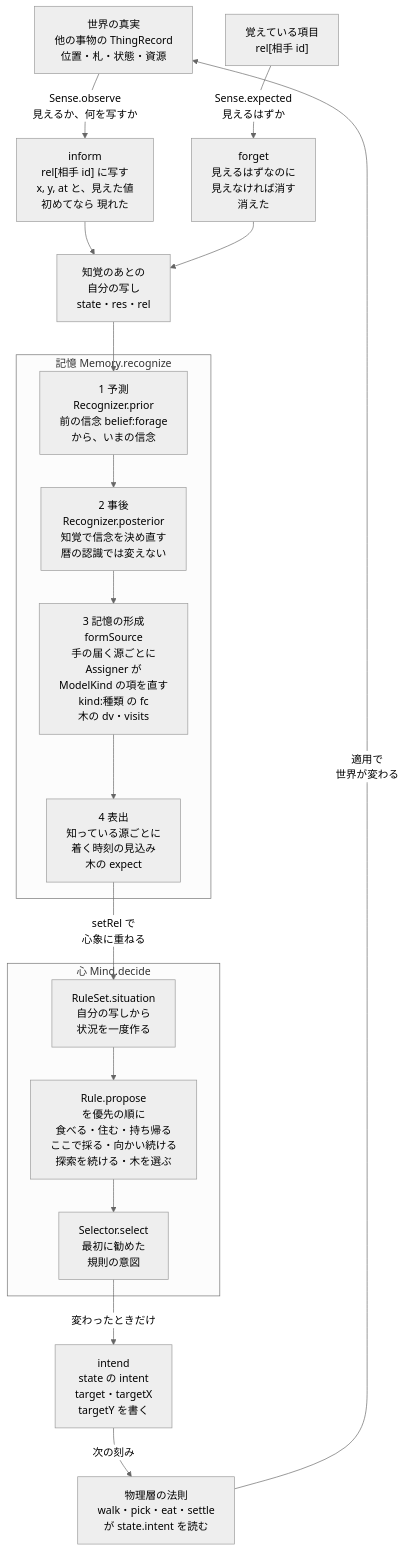
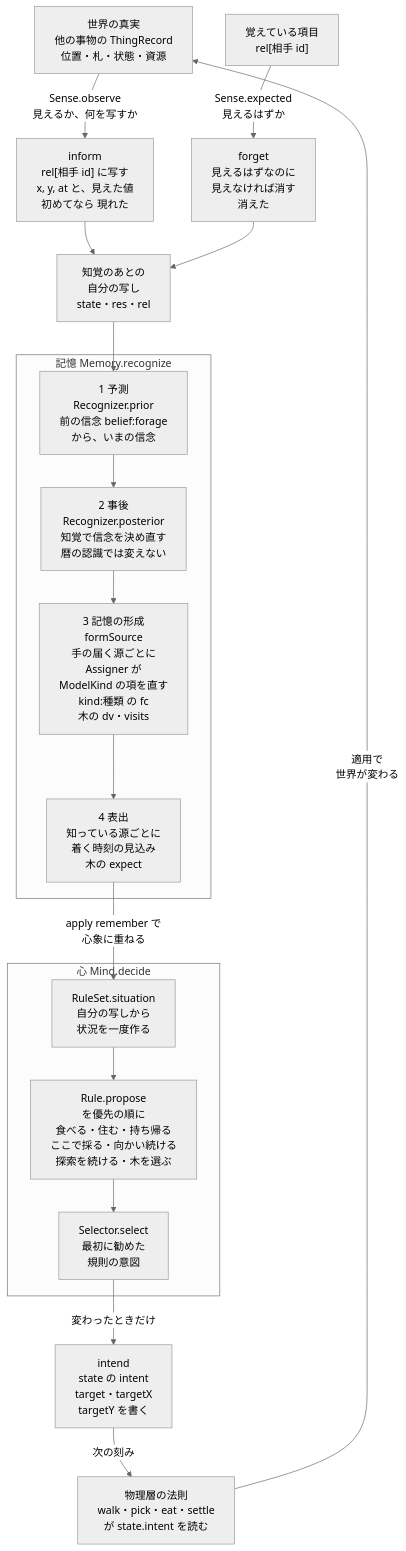
The diagram in docs/figures/src/design-fig8-info.mmd (demerzel09/Medieval-Simulator), drawn with Mermaid (neutral theme) before and after one commit. The commit also changed 12 other files, not shown here.

```diff
--- a/docs/figures/src/design-fig8-info.mmd
+++ b/docs/figures/src/design-fig8-info.mmd
@@ -1,21 +1,21 @@
 flowchart TD
   W["世界の真実<br/>他の事物の ThingRecord<br/>位置・札・状態・資源"]
   W -->|"Sense.observe<br/>見えるか、何を写すか"| I["inform<br/>rel[相手 id] に写す<br/>x, y, at と、見えた値<br/>初めてなら 現れた"]
   R["覚えている項目<br/>rel[相手 id]"] -->|"Sense.expected<br/>見えるはずか"| F["forget<br/>見えるはずなのに<br/>見えなければ消す<br/>消えた"]
   I --> P["知覚のあとの<br/>自分の写し<br/>state・res・rel"]
   F --> P
   P --> M1
   subgraph MEM["記憶 Memory.recognize"]
     M1["1 予測<br/>Recognizer.prior<br/>前の信念 belief:forage<br/>から、いまの信念"]
     M1 --> M2["2 事後<br/>Recognizer.posterior<br/>知覚で信念を決め直す<br/>暦の認識では変えない"]
     M2 --> M3["3 記憶の形成<br/>formSource<br/>手の届く源ごとに<br/>Assigner が<br/>ModelKind の項を直す<br/>kind:種類 の fc<br/>木の dv・visits"]
     M3 --> M4["4 表出<br/>知っている源ごとに<br/>着く時刻の見込み<br/>木の expect"]
   end
-  M4 -->|"setRel で<br/>心象に重ねる"| D
+  M4 -->|"apply remember で<br/>心象に重ねる"| D
   subgraph MIND["心 Mind.decide"]
     D["RuleSet.situation<br/>自分の写しから<br/>状況を一度作る"] --> RU["Rule.propose<br/>を優先の順に<br/>食べる・住む・持ち帰る<br/>ここで採る・向かい続ける<br/>探索を続ける・木を選ぶ"]
     RU --> SE["Selector.select<br/>最初に勧めた<br/>規則の意図"]
   end
   SE -->|"変わったときだけ"| IN["intend<br/>state の intent<br/>target・targetX<br/>targetY を書く"]
   IN -->|"次の刻み"| L["物理層の法則<br/>walk・pick・eat・settle<br/>が state.intent を読む"]
   L -->|"適用で<br/>世界が変わる"| W
```
